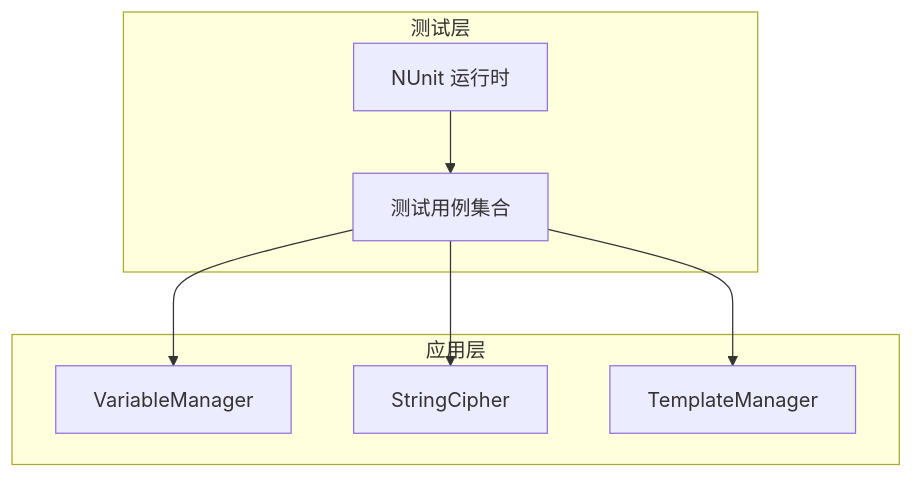
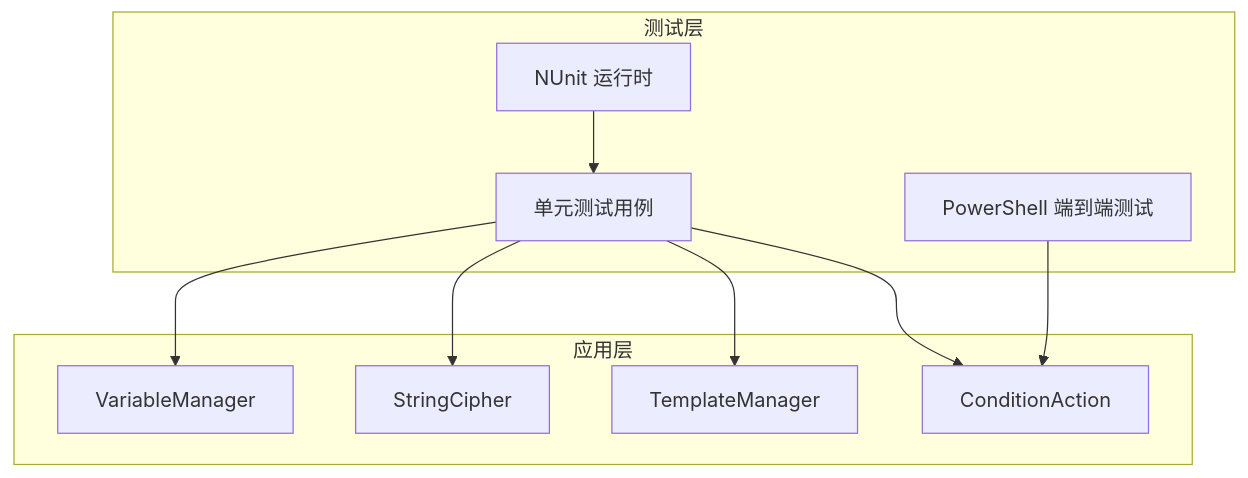
Before and after one commit to tea4go/Macro-Deck: the second of 8 diagrams in .qoder/repowiki/zh/content/测试框架.md, drawn with Mermaid. The commit also changed other lines of this file and 28 other files, not shown here.

````diff
--- a/.qoder/repowiki/zh/content/测试框架.md
+++ b/.qoder/repowiki/zh/content/测试框架.md
@@ -94,16 +117,20 @@
 ```mermaid
 graph TB
 subgraph "测试层"
 Nunit["NUnit 运行时"]
-TestCases["测试用例集合"]
+TestCases["单元测试用例"]
+PS["PowerShell 端到端测试"]
 end
 subgraph "应用层"
 VarMgr["VariableManager"]
 StrCipher["StringCipher"]
 TplMgr["TemplateManager"]
+CondAct["ConditionAction"]
 end
 Nunit --> TestCases
 TestCases --> VarMgr
 TestCases --> StrCipher
 TestCases --> TplMgr
+TestCases --> CondAct
+PS --> CondAct
 ```
````
